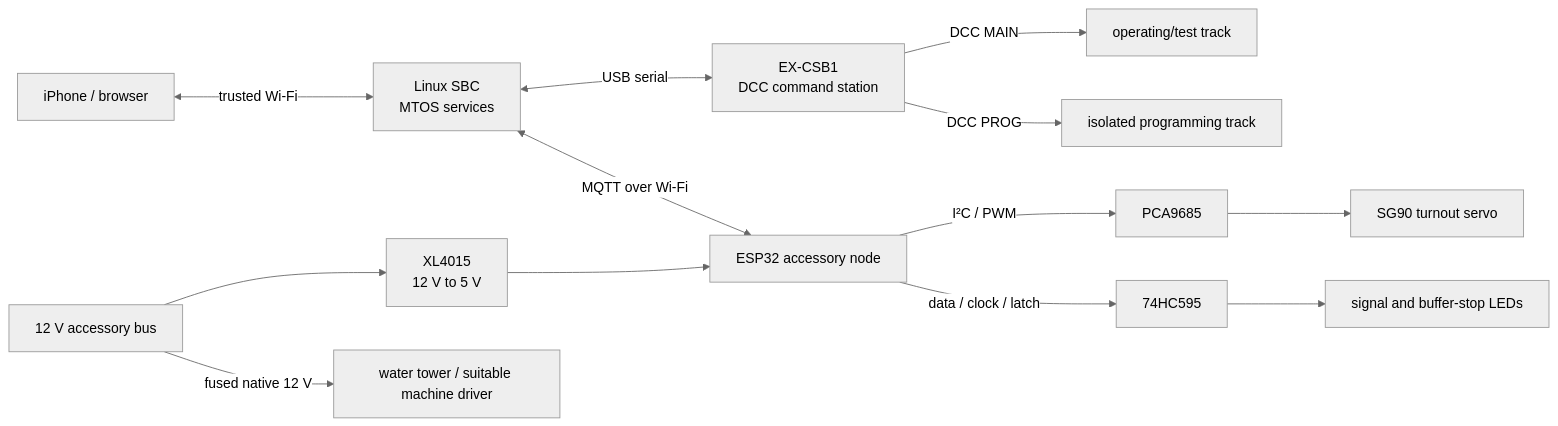
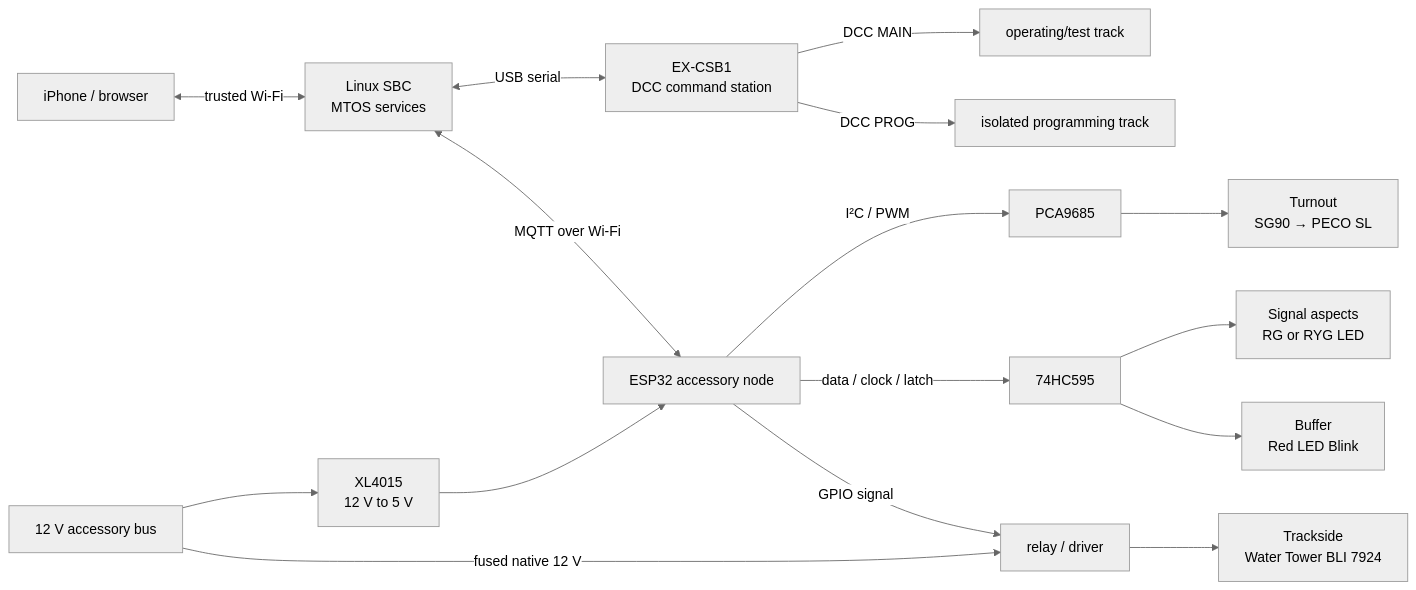
The second of 2 diagrams in README.md (snehasiss/mtos), drawn with Mermaid (neutral theme) before and after one commit. The commit also changed other lines of this file and 11 other files, not shown here.

````diff
--- a/README.md
+++ b/README.md
@@ -65,15 +65,18 @@
 ```mermaid
 flowchart LR
     Phone[iPhone / browser] <-->|trusted Wi-Fi| SBC[Linux SBC<br/>MTOS services]
     SBC <-->|USB serial| CSB[EX-CSB1<br/>DCC command station]
     CSB -->|DCC MAIN| Main[operating/test track]
     CSB -->|DCC PROG| Prog[isolated programming track]
     SBC <-->|MQTT over Wi-Fi| Node[ESP32 accessory node]
     Power[12 V accessory bus] --> Buck[XL4015<br/>12 V to 5 V]
     Buck --> Node
     Node -->|I²C / PWM| PCA[PCA9685]
-    PCA --> Servo[SG90 turnout servo]
+    PCA --> Servo[Turnout<br/>SG90 → PECO SL]
     Node -->|data / clock / latch| Shift[74HC595]
-    Shift --> LEDs[signal and buffer-stop LEDs]
-    Power -->|fused native 12 V| Machine[water tower / suitable machine driver]
+    Shift --> Signal[Signal aspects<br/>RG or RYG LED]
+    Shift --> Buffer[Buffer<br/>Red LED Blink]
+    Node -->|GPIO signal| Relay[relay / driver]
+    Power -->|fused native 12 V| Relay
+    Relay --> Tower[Trackside<br/>Water Tower BLI 7924]
 ```
````
